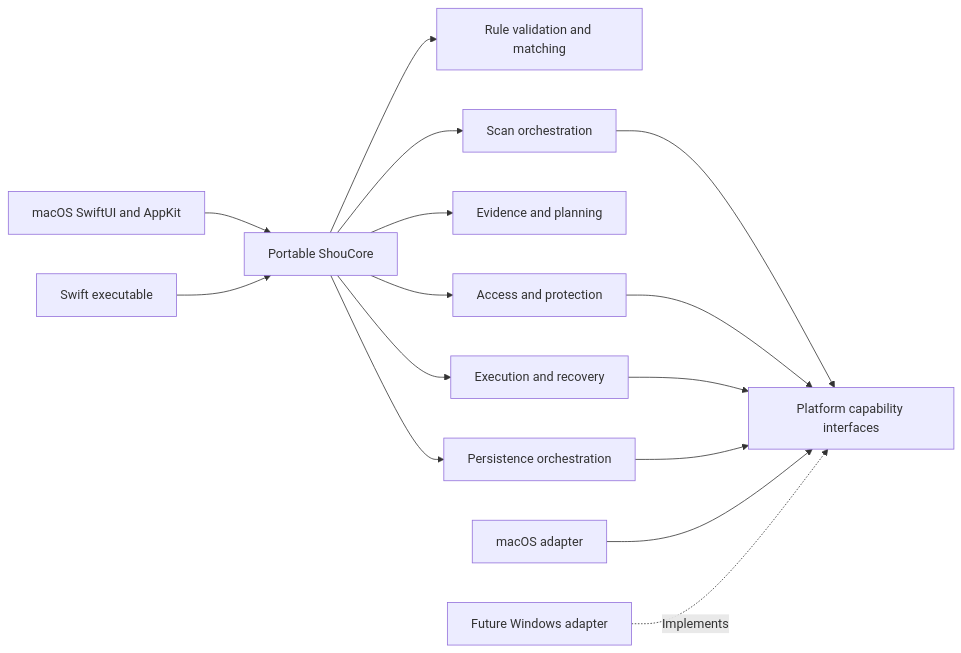
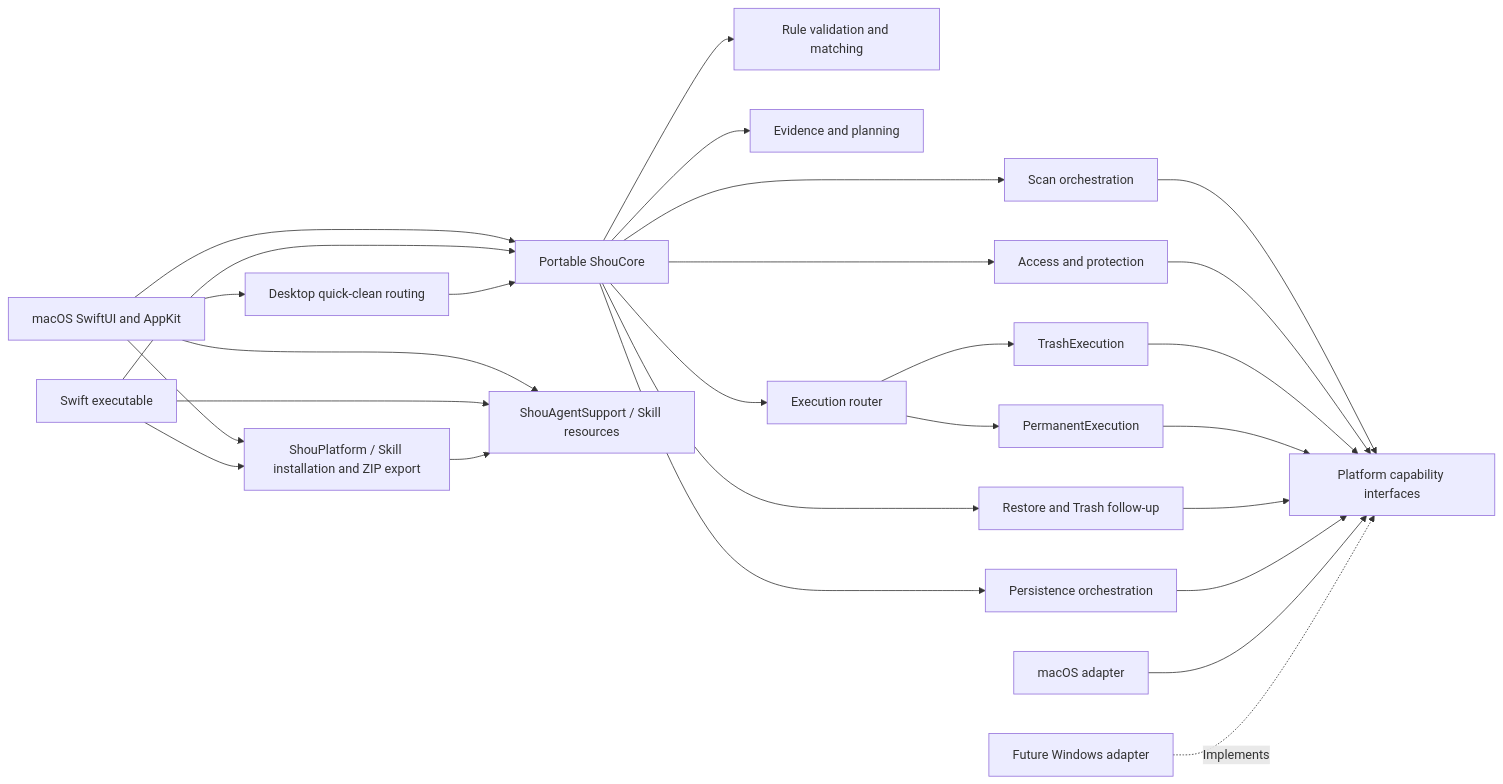
The second of 5 diagrams in docs/architecture/system-design.md (limecloud/shou), drawn with Mermaid before and after one commit. The commit also changed other lines of this file and 99 other files, not shown here.

````diff
--- a/docs/architecture/system-design.md
+++ b/docs/architecture/system-design.md
@@ -39,17 +44,29 @@
 ```mermaid
 flowchart LR
     App[macOS SwiftUI and AppKit] --> Core[Portable ShouCore]
+    App --> AgentSupport[ShouAgentSupport / Skill resources]
+    CLI --> AgentSupport
+    App --> SkillInstall[ShouPlatform / Skill installation and ZIP export]
+    CLI --> SkillInstall
+    SkillInstall --> AgentSupport
     CLI[Swift executable] --> Core
+    App --> Quick[Desktop quick-clean routing]
+    Quick --> Core
     Core --> Rules[Rule validation and matching]
     Core --> Scanner[Scan orchestration]
     Core --> Planner[Evidence and planning]
     Core --> Safety[Access and protection]
-    Core --> Executor[Execution and recovery]
+    Core --> Router[Execution router]
+    Router --> TrashExec[TrashExecution]
+    Router --> PurgeExec[PermanentExecution]
+    Core --> FollowUp[Restore and Trash follow-up]
     Core --> Store[Persistence orchestration]
     Scanner --> Interfaces[Platform capability interfaces]
     Safety --> Interfaces
-    Executor --> Interfaces
+    TrashExec --> Interfaces
+    PurgeExec --> Interfaces
+    FollowUp --> Interfaces
     Store --> Interfaces
     Mac[macOS adapter] --> Interfaces
     Win[Future Windows adapter] -.Implements.-> Interfaces
 ```
````
